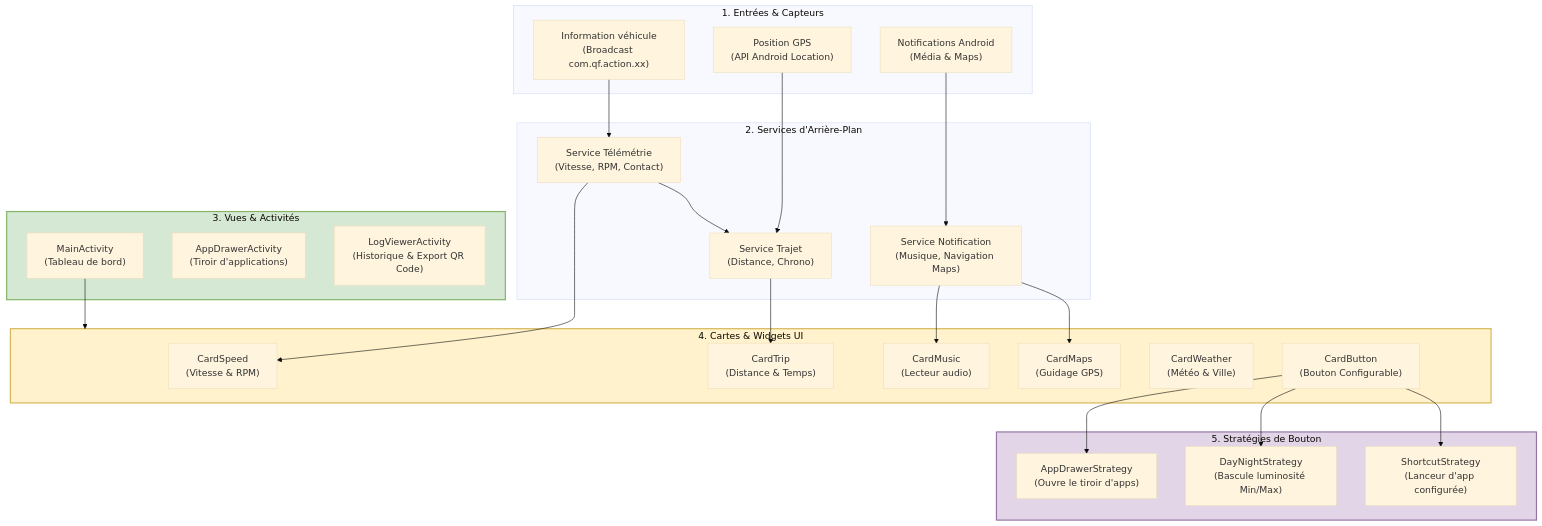
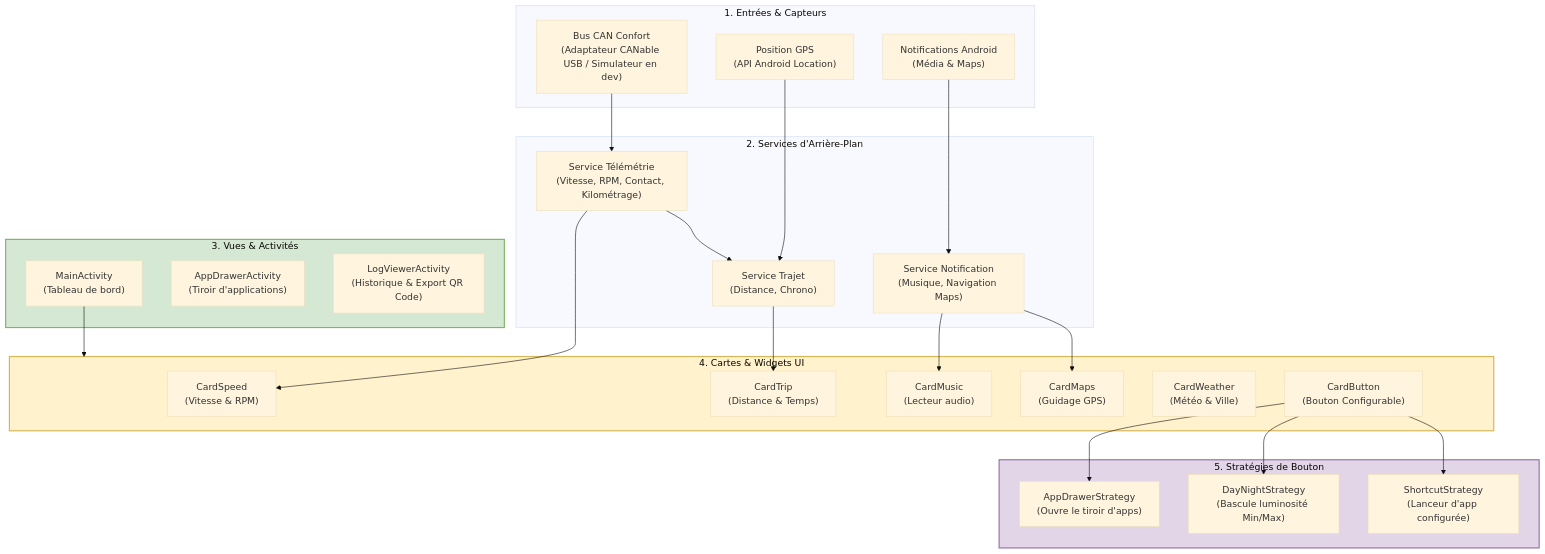
Before and after one commit to rguilbeau/CarLauncher: the diagram in README.md, drawn with Mermaid (base theme). The commit also changed other lines of this file and 75 other files, not shown here.

````diff
--- a/README.md
+++ b/README.md
@@ -16,61 +16,61 @@
 ```mermaid
 graph TD
     subgraph SOURCING ["1. Entrées & Capteurs"]
-        CAN["Information véhicule<br/>(Broadcast com.qf.action.xx)"]
+        CAN["Bus CAN Confort<br/>(Adaptateur CANable USB / Simulateur en dev)"]
         GPS["Position GPS<br/>(API Android Location)"]
         ANDROID["Notifications Android<br/>(Média & Maps)"]
     end
 
     subgraph SERVICES ["2. Services d'Arrière-Plan"]
-        SERVICE_CAN["Service Télémétrie<br/>(Vitesse, RPM, Contact)"]
+        SERVICE_CAN["Service Télémétrie<br/>(Vitesse, RPM, Contact, Kilométrage)"]
         SERVICE_TRIP["Service Trajet<br/>(Distance, Chrono)"]
         SERVICE_NOTIF["Service Notification<br/>(Musique, Navigation Maps)"]
     end
 
     subgraph ACTIVITIES ["3. Vues & Activités"]
         MAIN["MainActivity<br/>(Tableau de bord)"]
         DRAWER["AppDrawerActivity<br/>(Tiroir d'applications)"]
         LOGS["LogViewerActivity<br/>(Historique & Export QR Code)"]
     end
 
     subgraph CARDS ["4. Cartes & Widgets UI"]
         CARD_SPEED["CardSpeed<br/>(Vitesse & RPM)"]
         CARD_TRIP["CardTrip<br/>(Distance & Temps)"]
         CARD_MUSIC["CardMusic<br/>(Lecteur audio)"]
         CARD_MAPS["CardMaps<br/>(Guidage GPS)"]
         CARD_WEATHER["CardWeather<br/>(Météo & Ville)"]
         CARD_BUTTON["CardButton<br/>(Bouton Configurable)"]
     end
 
     subgraph STRATEGY ["5. Stratégies de Bouton"]
         STRAT_DRAWER["AppDrawerStrategy<br/>(Ouvre le tiroir d'apps)"]
         STRAT_DAYNIGHT["DayNightStrategy<br/>(Bascule luminosité Min/Max)"]
         STRAT_SHORTCUT["ShortcutStrategy<br/>(Lanceur d'app configurée)"]
     end
 
 %% Connexions Entrées -> Services
     CAN --> SERVICE_CAN
     GPS --> SERVICE_TRIP
     ANDROID --> SERVICE_NOTIF
 
 %% Connexions Services -> Cartes
     SERVICE_CAN --> CARD_SPEED
     SERVICE_CAN --> SERVICE_TRIP
     SERVICE_TRIP --> CARD_TRIP
     SERVICE_NOTIF --> CARD_MUSIC
     SERVICE_NOTIF --> CARD_MAPS
 
 %% Conteneur principal
     MAIN --> CARDS
 
 %% Connexion CardButton aux Stratégies
     CARD_BUTTON --> STRAT_DRAWER
     CARD_BUTTON --> STRAT_DAYNIGHT
     CARD_BUTTON --> STRAT_SHORTCUT
 
 
 %% Personnalisation des couleurs des blocs
     style CARDS fill:#fff2cc,stroke:#d6b656,stroke-width:2px
     style STRATEGY fill:#e1d5e7,stroke:#9673a6,stroke-width:2px
     style ACTIVITIES fill:#d5e8d4,stroke:#82b366,stroke-width:2px
 ```
````
